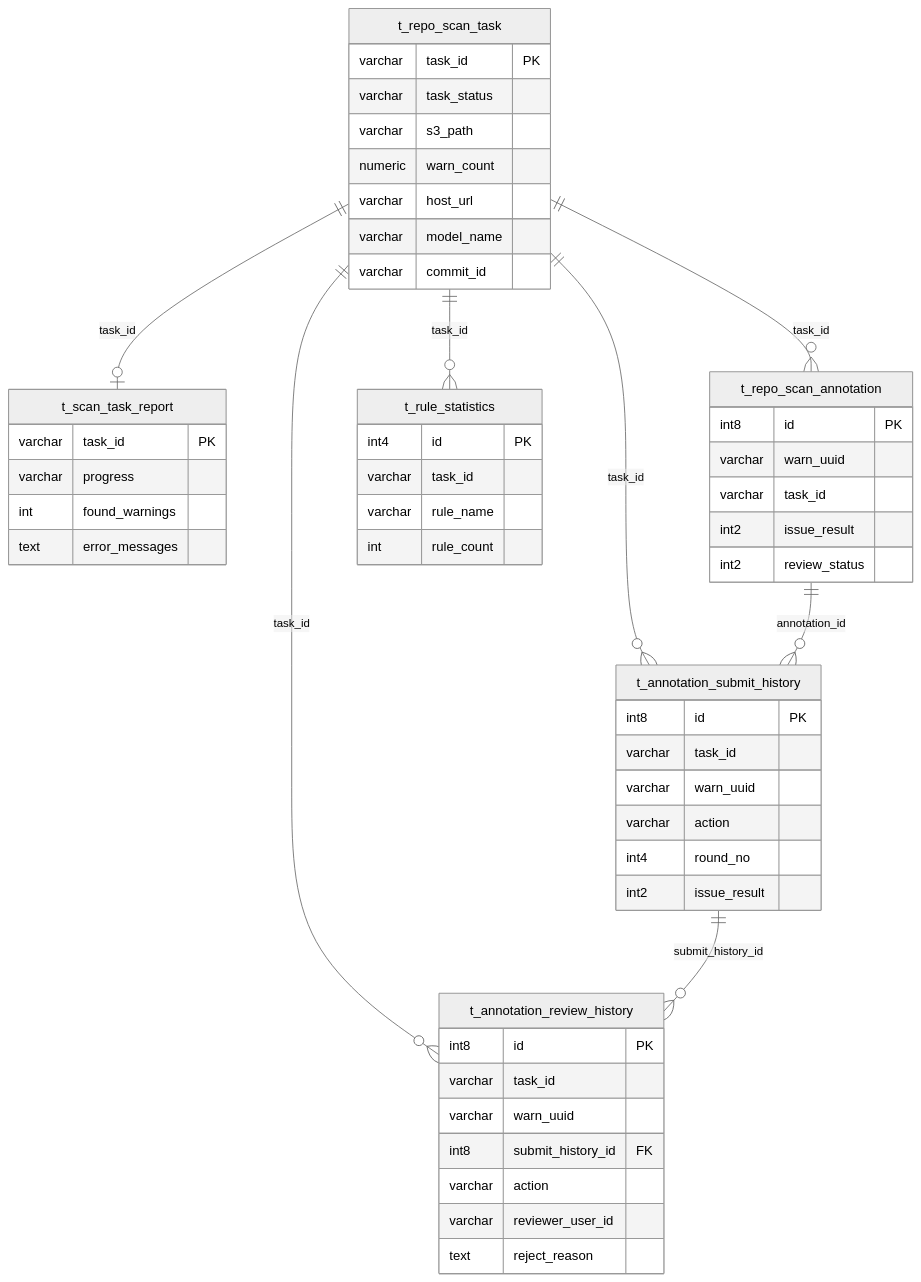
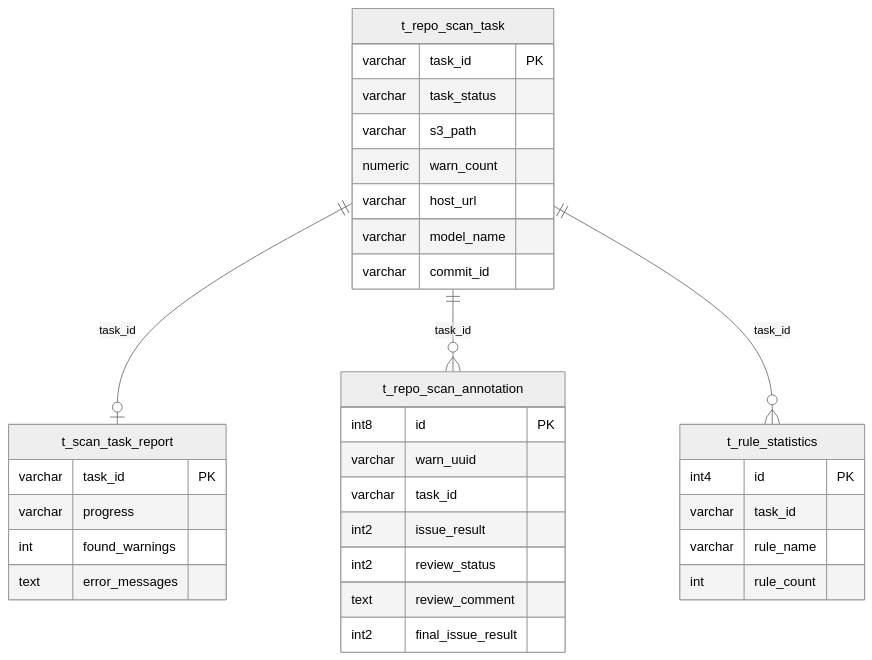
One commit to BeaconLin/aiRepoScan-hw changed the fifth of 6 diagrams in 设计文档.md. Above: the diagram before and after it, drawn with Mermaid (neutral theme). The commit also changed other lines of this file and 11 other files, not shown here.

````diff
--- a/设计文档.md
+++ b/设计文档.md
@@ -400,55 +353,36 @@
 ```mermaid
 erDiagram
     t_repo_scan_task ||--o| t_scan_task_report : "task_id"
     t_repo_scan_task ||--o{ t_repo_scan_annotation : "task_id"
-    t_repo_scan_task ||--o{ t_annotation_submit_history : "task_id"
-    t_repo_scan_task ||--o{ t_annotation_review_history : "task_id"
-    t_repo_scan_annotation ||--o{ t_annotation_submit_history : "annotation_id"
-    t_annotation_submit_history ||--o{ t_annotation_review_history : "submit_history_id"
     t_repo_scan_task ||--o{ t_rule_statistics : "task_id"
     t_repo_scan_task {
         varchar task_id PK
         varchar task_status
         varchar s3_path
         numeric warn_count
         varchar host_url
         varchar model_name
         varchar commit_id
     }
     t_scan_task_report {
         varchar task_id PK
         varchar progress
         int found_warnings
         text error_messages
     }
     t_repo_scan_annotation {
         int8 id PK
         varchar warn_uuid
         varchar task_id
         int2 issue_result
         int2 review_status
-    }
-    t_annotation_submit_history {
-        int8 id PK
-        varchar task_id
-        varchar warn_uuid
-        varchar action
-        int4 round_no
-        int2 issue_result
-    }
-    t_annotation_review_history {
-        int8 id PK
-        varchar task_id
-        varchar warn_uuid
-        int8 submit_history_id FK
-        varchar action
-        varchar reviewer_user_id
-        text reject_reason
+        text review_comment
+        int2 final_issue_result
     }
     t_rule_statistics {
         int4 id PK
         varchar task_id
         varchar rule_name
         int rule_count
     }
 ```
````
